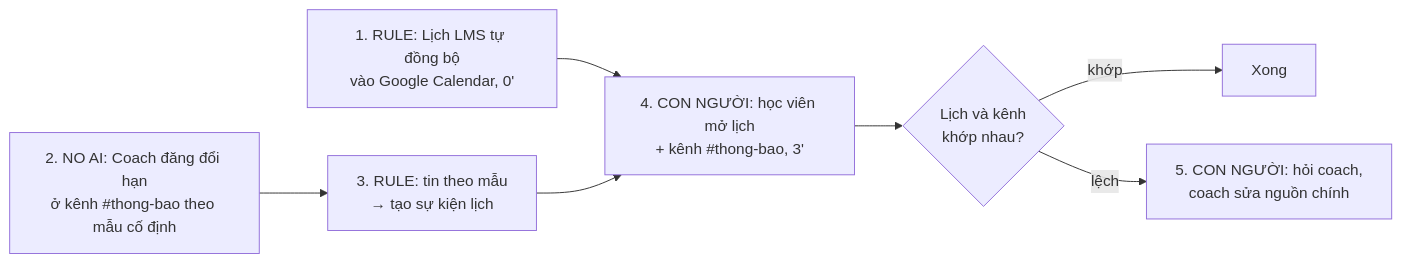
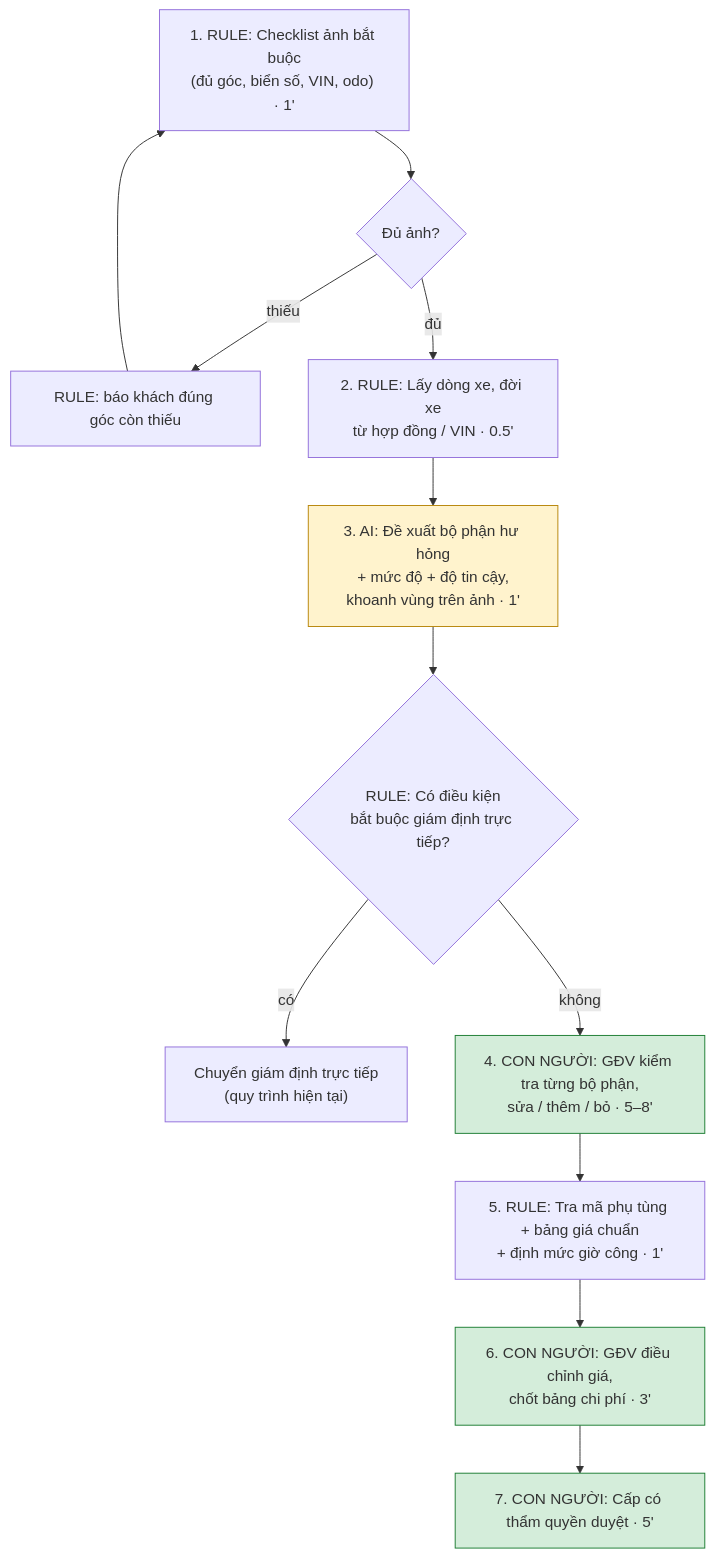
The second of 2 diagrams in report/team/group_report.md (Ama2352/K5-L3B-DAY02-NhomCold-DiscoveryProblemFraming), drawn with Mermaid before and after one commit. The commit also changed other lines of this file and 2 other files, not shown here.

First line of the commit message:
CP5: quy trinh truoc/sau + Problem Statement v0 (giam dinh ton that xe)

````diff
--- a/report/team/group_report.md
+++ b/report/team/group_report.md
@@ -171,9 +161,19 @@
 ```mermaid
-flowchart LR
-  A[1. RULE: Lịch LMS tự đồng bộ<br/>vào Google Calendar, 0'] --> C
-  B[2. NO AI: Coach đăng đổi hạn<br/>ở kênh #thong-bao theo mẫu cố định] --> R[3. RULE: tin theo mẫu<br/>→ tạo sự kiện lịch]
-  R --> C[4. CON NGƯỜI: học viên mở lịch<br/>+ kênh #thong-bao, 3']
-  C --> D{Lịch và kênh<br/>khớp nhau?}
-  D -- khớp --> E[Xong]
-  D -- lệch --> F[5. CON NGƯỜI: hỏi coach,<br/>coach sửa nguồn chính]
+flowchart TD
+  A["1. RULE: Checklist ảnh bắt buộc<br/>(đủ góc, biển số, VIN, odo) · 1'"] --> A2{"Đủ ảnh?"}
+  A2 -- "thiếu" --> A3["RULE: báo khách đúng góc còn thiếu"]
+  A3 --> A
+  A2 -- "đủ" --> B["2. RULE: Lấy dòng xe, đời xe<br/>từ hợp đồng / VIN · 0.5'"]
+  B --> C["3. AI: Đề xuất bộ phận hư hỏng<br/>+ mức độ + độ tin cậy,<br/>khoanh vùng trên ảnh · 1'"]
+  C --> H{"RULE: Có điều kiện<br/>bắt buộc giám định trực tiếp?"}
+  H -- "có" --> X["Chuyển giám định trực tiếp<br/>(quy trình hiện tại)"]
+  H -- "không" --> D["4. CON NGƯỜI: GĐV kiểm tra từng bộ phận,<br/>sửa / thêm / bỏ · 5–8'"]
+  D --> E["5. RULE: Tra mã phụ tùng + bảng giá chuẩn<br/>+ định mức giờ công · 1'"]
+  E --> F["6. CON NGƯỜI: GĐV điều chỉnh giá,<br/>chốt bảng chi phí · 3'"]
+  F --> G["7. CON NGƯỜI: Cấp có thẩm quyền duyệt · 5'"]
+
+  style D fill:#d4edda,stroke:#1e7e34
+  style F fill:#d4edda,stroke:#1e7e34
+  style G fill:#d4edda,stroke:#1e7e34
+  style C fill:#fff3cd,stroke:#b8860b
 ```
````
